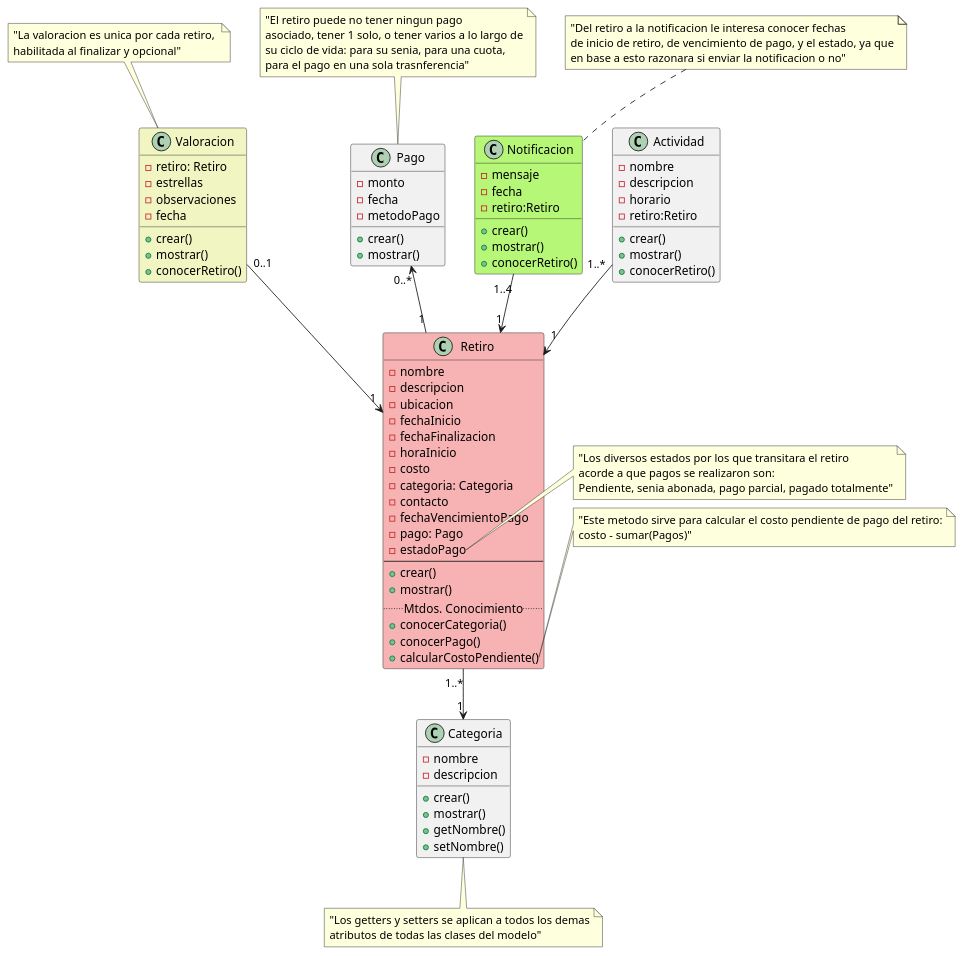
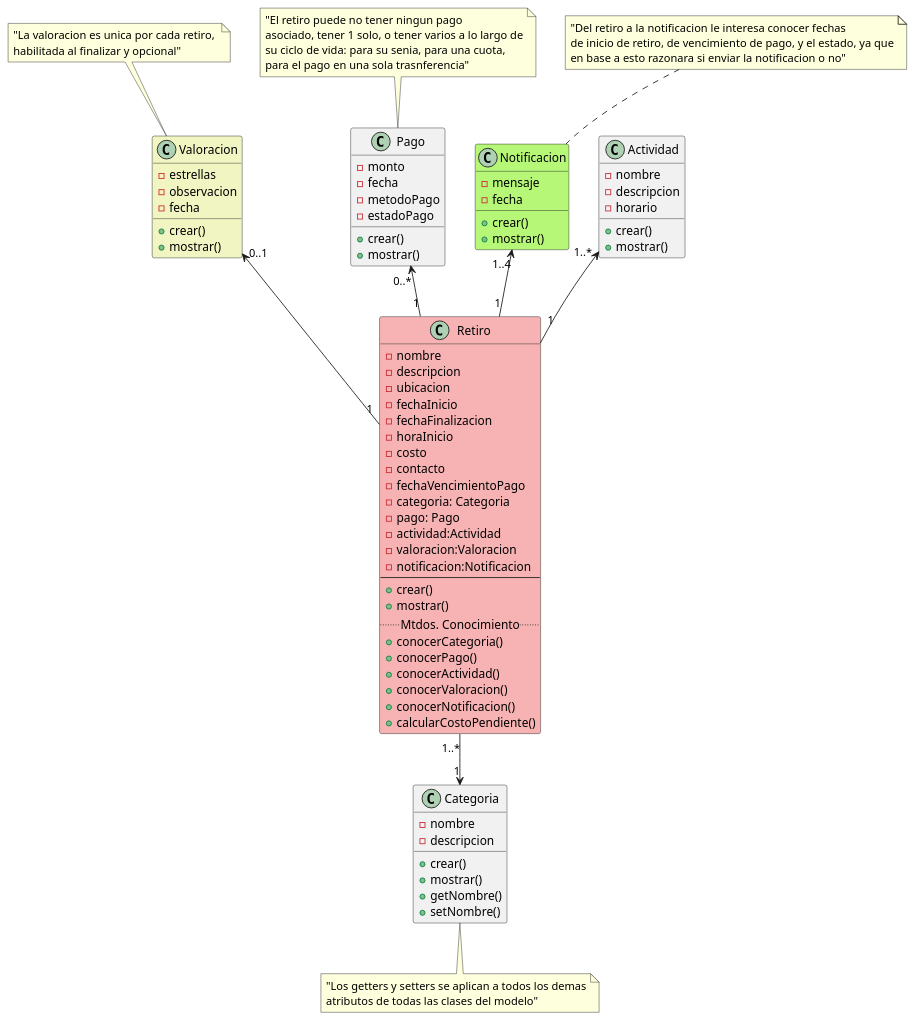
One commit to agustinborg-66/TPI-ASI---2026 changed the diagram in Entrega 2/diagrama_modifMedina.puml. Above: the diagram before and after it, drawn with PlantUML. The commit also changed 4 other files, not shown here.

```diff
--- a/Entrega 2/diagrama_modifMedina.puml
+++ b/Entrega 2/diagrama_modifMedina.puml
@@ -1,107 +1,107 @@
 @startuml retiros
 
 class Retiro #f7b3b3 {
     -nombre
     -descripcion
     -ubicacion
     -fechaInicio
     -fechaFinalizacion
     -horaInicio
     -costo
-    -categoria: Categoria
     -contacto
     -fechaVencimientoPago
+    -categoria: Categoria
     -pago: Pago
-    -estadoPago
+    -actividad:Actividad
+    -valoracion:Valoracion
+    -notificacion:Notificacion
     --
     +crear()
     +mostrar()
     .. Mtdos. Conocimiento ..
     +conocerCategoria()
     +conocerPago()
+    +conocerActividad()
+    +conocerValoracion()
+    +conocerNotificacion()
     +calcularCostoPendiente()
 }
 
 note right of Retiro::estadoPago
     "Los diversos estados por los que transitara el retiro
     acorde a que pagos se realizaron son:
     Pendiente, senia abonada, pago parcial, pagado totalmente"
 end note
 note right of Retiro::calcularCostoPendiente
     "Este metodo sirve para calcular el costo pendiente de pago del retiro:
     costo - sumar(Pagos)"
 end note
 
 class Categoria {
     -nombre
     -descripcion
     +crear()
     +mostrar()
     +getNombre()
     +setNombre()
 }
 
 note bottom of Categoria
     "Los getters y setters se aplican a todos los demas
     atributos de todas las clases del modelo"
 end note
 
 class Valoracion #f0f5c1{
-    -retiro: Retiro
     -estrellas
-    -observaciones
+    -observacion
     -fecha
     +crear()
     +mostrar()
-    +conocerRetiro()
 }
 note top of Valoracion
     "La valoracion es unica por cada retiro, 
     habilitada al finalizar y opcional"
 end note
 
 class Pago {
     -monto
     -fecha
     -metodoPago
+    -estadoPago
     +crear()
     +mostrar()
 }
 note top of Pago
     "El retiro puede no tener ningun pago
     asociado, tener 1 solo, o tener varios a lo largo de
     su ciclo de vida: para su senia, para una cuota,
     para el pago en una sola trasnferencia"
 end note
 
 class Notificacion #b6f778{
     -mensaje
     -fecha
-    -retiro:Retiro
     +crear()
     +mostrar()
-    +conocerRetiro()
 }
 note top of Notificacion
     "Del retiro a la notificacion le interesa conocer fechas
     de inicio de retiro, de vencimiento de pago, y el estado, ya que
     en base a esto razonara si enviar la notificacion o no"
 end note
 
 class Actividad {
     -nombre
     -descripcion
     -horario
-    -retiro:Retiro
     +crear()
     +mostrar()
-    +conocerRetiro()
 }
 
-Actividad "1..*" --> "1" Retiro
+Actividad "1..*" <-- "1" Retiro
 Pago "0..*" <-- "1" Retiro
-Notificacion "1..4" --> "1" Retiro
-Valoracion "0..1" --> "1" Retiro
+Notificacion "1..4" <-- "1" Retiro
+Valoracion "0..1" <-- "1" Retiro
 Retiro "1..*" --> "1" Categoria
 
 @enduml
```
